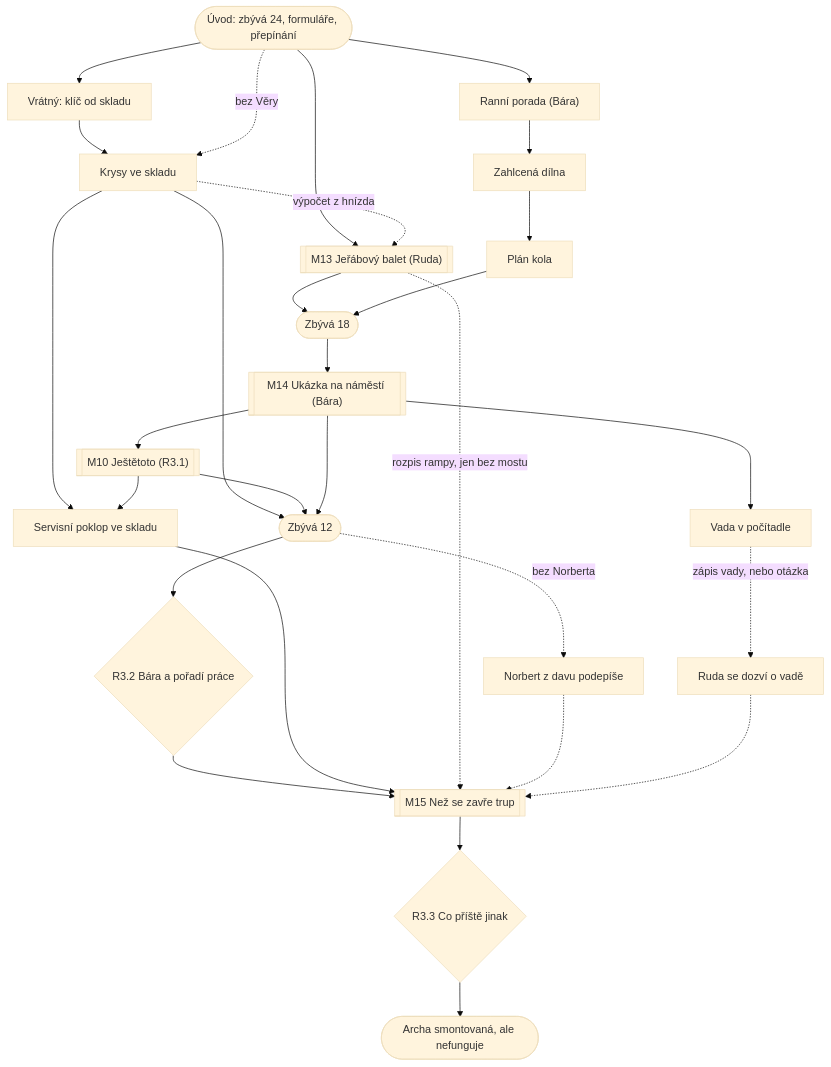
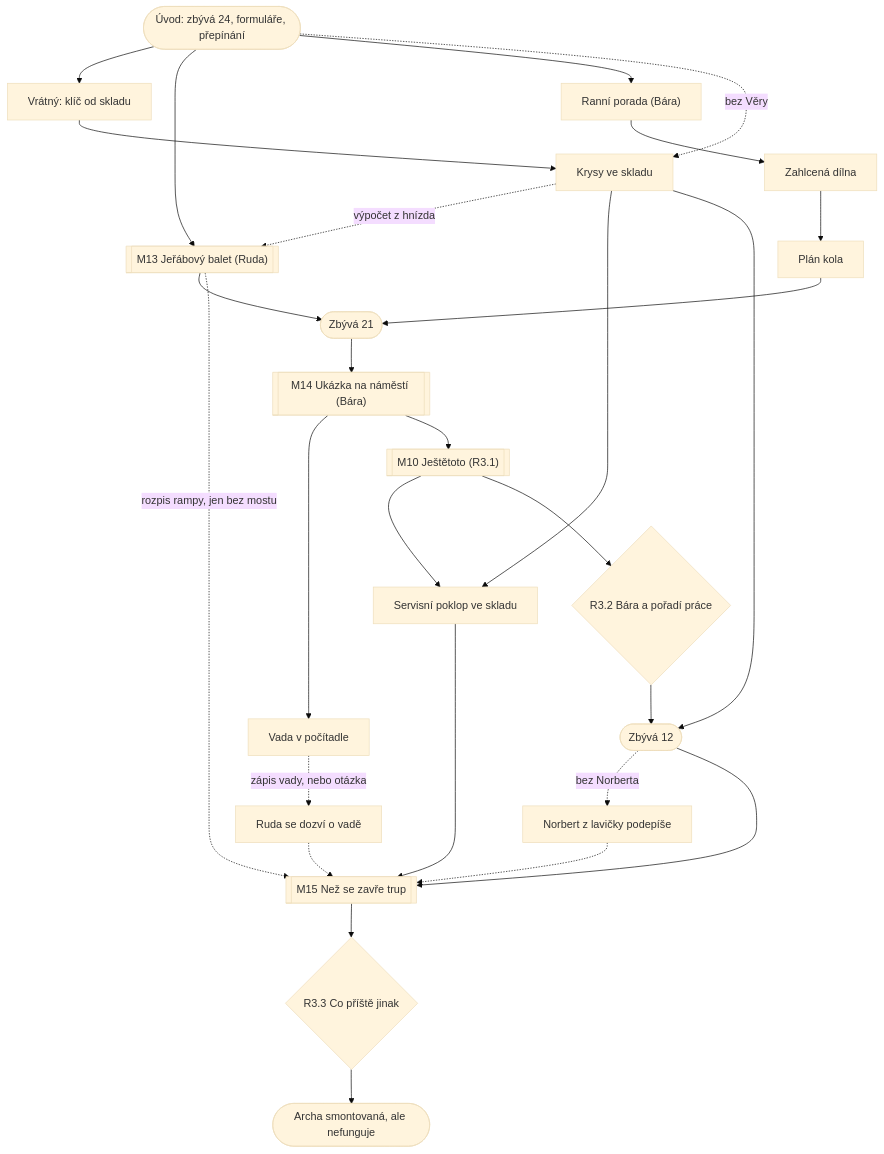
One commit to miroslavkrupa/games-termin-byl-vcera changed the diagram in docs/kapitoly/03-realizace.md. Above: the diagram before and after it, drawn with Mermaid (base theme). The commit also changed other lines of this file and 12 other files, not shown here.

````diff
--- a/docs/kapitoly/03-realizace.md
+++ b/docs/kapitoly/03-realizace.md
@@ -211,27 +220,27 @@
 ```mermaid
 flowchart TD
   start(["Úvod: zbývá 24, formuláře, přepínání"]) --> vratny["Vrátný: klíč od skladu"]
   start --> m13[["M13 Jeřábový balet (Ruda)"]]
   start --> porada["Ranní porada (Bára)"]
   vratny --> sklad["Krysy ve skladu"]
   start -.->|bez Věry| sklad
   sklad -.->|výpočet z hnízda| m13
   porada --> dilna["Zahlcená dílna"]
   dilna --> plan["Plán kola"]
-  m13 & plan --> fazeB(["Zbývá 18"])
+  m13 & plan --> fazeB(["Zbývá 21"])
   fazeB --> m14[["M14 Ukázka na náměstí (Bára)"]]
   m14 --> vada["Vada v počítadle"]
   m14 --> m10[["M10 Ještětoto (R3.1)"]]
   sklad --> poklop["Servisní poklop ve skladu"]
   m10 --> poklop
   vada -.->|zápis vady, nebo otázka| hlaseni["Ruda se dozví o vadě"]
-  sklad & m10 & m14 --> fazeC(["Zbývá 12"])
-  fazeC --> r32{"R3.2 Bára a pořadí práce"}
-  fazeC -.->|bez Norberta| podpis["Norbert z davu podepíše"]
-  r32 & poklop --> m15[["M15 Než se zavře trup"]]
+  m10 --> r32{"R3.2 Bára a pořadí práce"}
+  sklad & r32 --> fazeC(["Zbývá 12"])
+  fazeC -.->|bez Norberta| podpis["Norbert z lavičky podepíše"]
+  fazeC & poklop --> m15[["M15 Než se zavře trup"]]
   m13 -.->|rozpis rampy, jen bez mostu| m15
   podpis -.-> m15
   hlaseni -.-> m15
   m15 --> r33{"R3.3 Co příště jinak"}
   r33 --> konec(["Archa smontovaná, ale nefunguje"])
 ```
````
